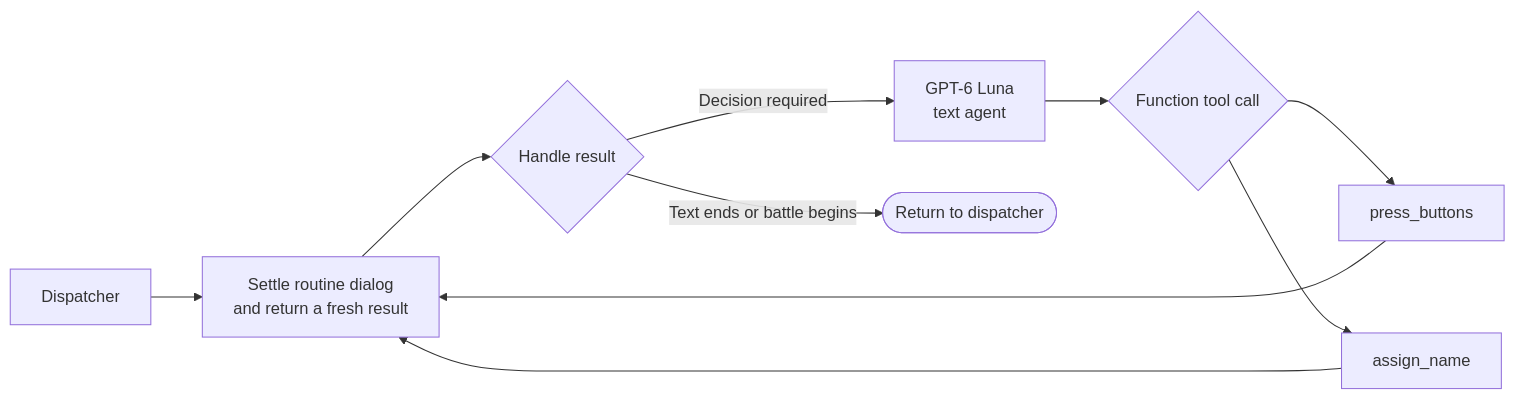
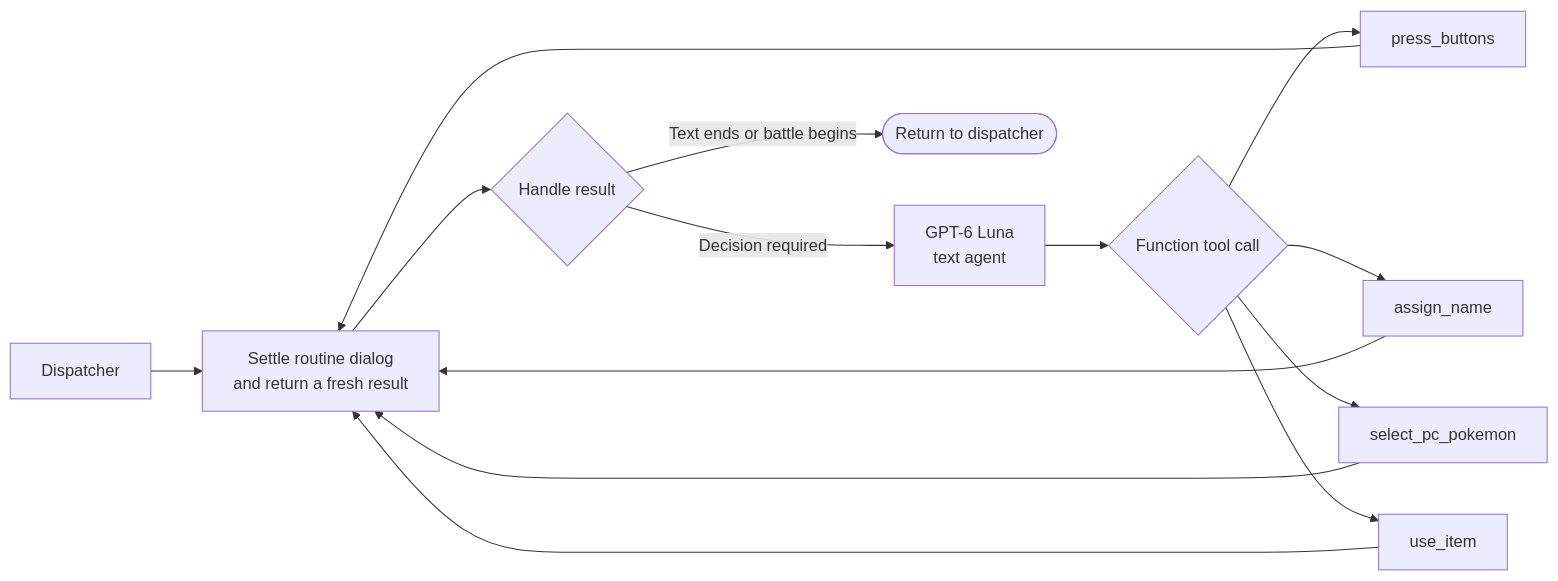
The fourth of 4 diagrams in docs/architecture.md (clambro/ai-plays-pokemon), drawn with Mermaid before and after one commit. The commit also changed other lines of this file and 42 other files, not shown here.

````diff
--- a/docs/architecture.md
+++ b/docs/architecture.md
@@ -185,13 +185,17 @@
 ```mermaid
 flowchart LR
     dispatch["Dispatcher"] --> settle["Settle routine dialog<br/>and return a fresh result"]
     settle --> handle{"Handle result"}
     handle -->|"Decision required"| agent["GPT-6 Luna<br/>text agent"]
     handle -->|"Text ends or battle begins"| finish(["Return to dispatcher"])
 
     agent --> choice{"Function tool call"}
     choice --> buttons["press_buttons"]
     choice --> name["assign_name"]
+    choice --> pc["select_pc_pokemon"]
+    choice --> item["use_item"]
     buttons --> settle
     name --> settle
+    pc --> settle
+    item --> settle
 ```
````
